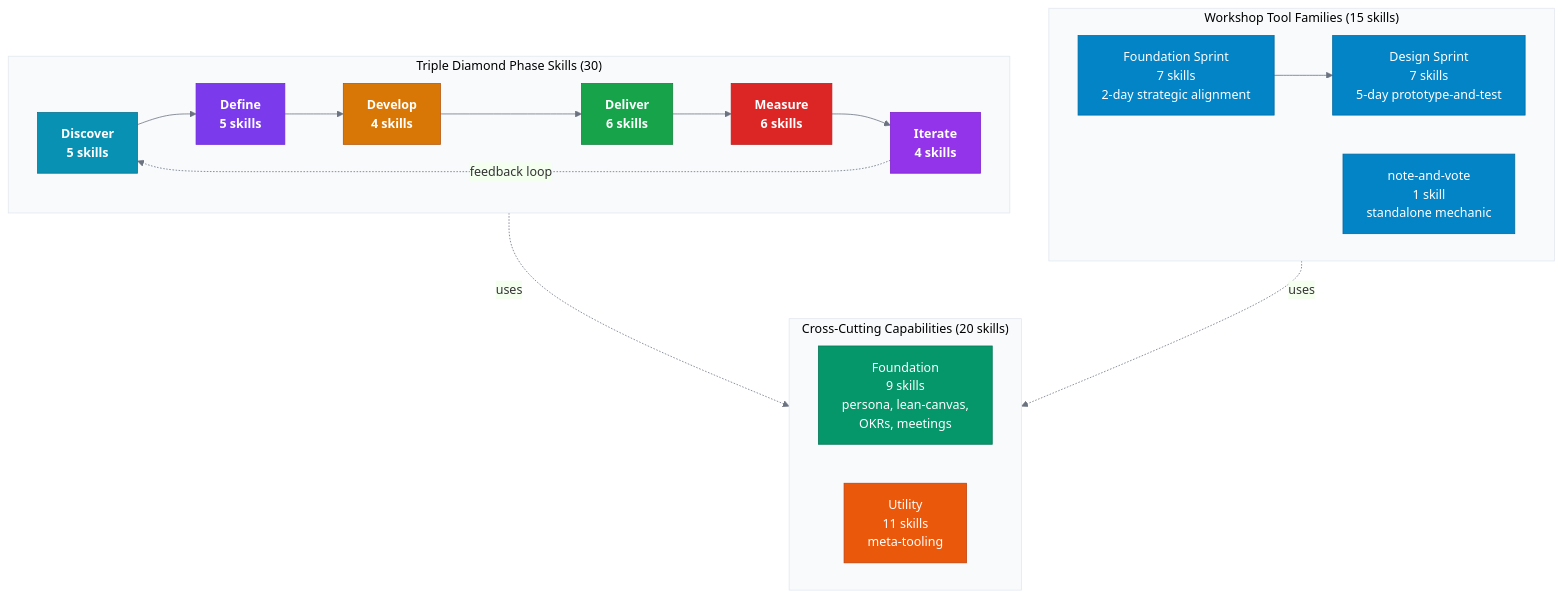
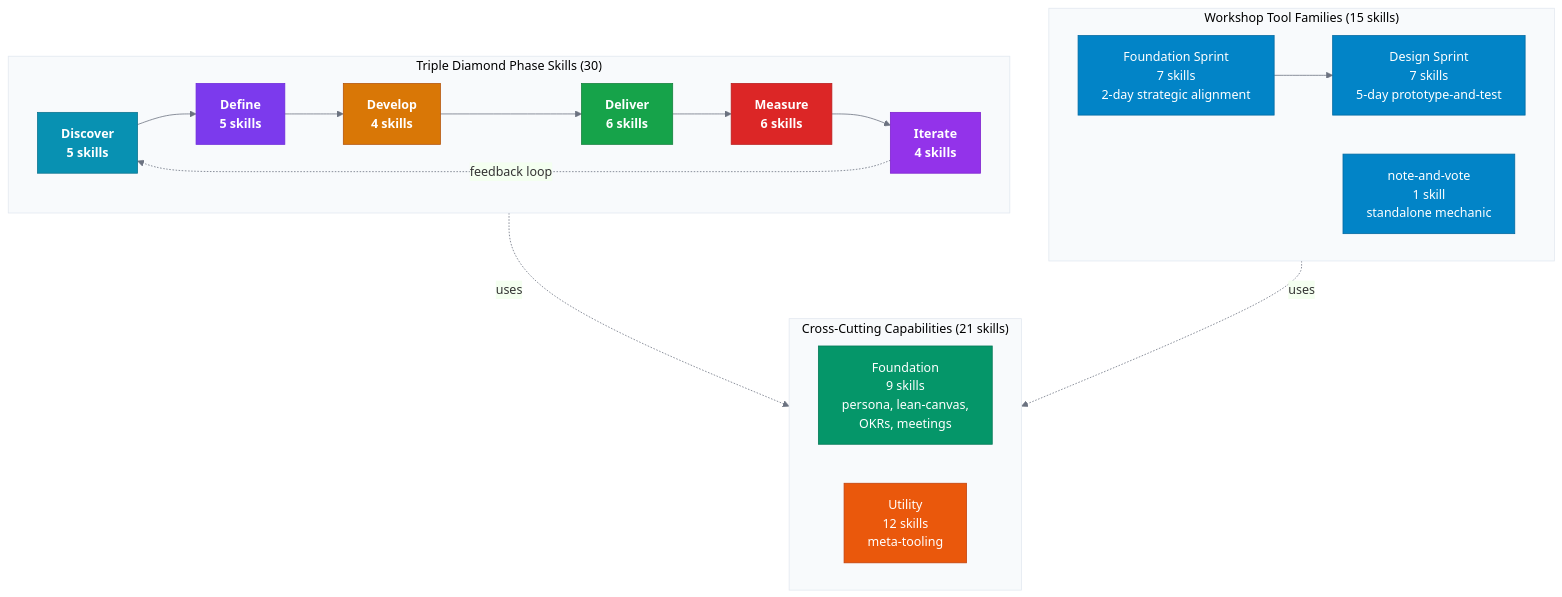
One commit to product-on-purpose/pm-skills changed the third of 6 diagrams in README.md. Above: the diagram before and after it, drawn with Mermaid. The commit also changed other lines of this file and 14 other files, not shown here.

````diff
--- a/README.md
+++ b/README.md
@@ -590,43 +599,43 @@
 ```mermaid
 %%{init: {'theme': 'base', 'themeVariables': {'primaryColor': '#f0f4ff', 'primaryBorderColor': '#c7d2fe', 'lineColor': '#6b7280', 'clusterBkg': '#f8fafc', 'clusterBorder': '#e2e8f0'}}}%%
 flowchart TB
     classDef discover fill:#0891b2,stroke:#0e7490,color:#fff,font-weight:bold
     classDef define fill:#7c3aed,stroke:#6d28d9,color:#fff,font-weight:bold
     classDef develop fill:#d97706,stroke:#b45309,color:#fff,font-weight:bold
     classDef deliver fill:#16a34a,stroke:#15803d,color:#fff,font-weight:bold
     classDef measure fill:#dc2626,stroke:#b91c1c,color:#fff,font-weight:bold
     classDef iterate fill:#9333ea,stroke:#7e22ce,color:#fff,font-weight:bold
     classDef tool fill:#0284c7,stroke:#0369a1,color:#fff
     classDef foundation fill:#059669,stroke:#047857,color:#fff
     classDef utility fill:#ea580c,stroke:#c2410c,color:#fff
 
     subgraph PHASE["Triple Diamond Phase Skills (30)"]
         direction LR
         DI["Discover<br/>5 skills"]:::discover
         DE["Define<br/>5 skills"]:::define
         DEV["Develop<br/>4 skills"]:::develop
         DEL["Deliver<br/>6 skills"]:::deliver
         ME["Measure<br/>6 skills"]:::measure
         IT["Iterate<br/>4 skills"]:::iterate
 
         DI --> DE --> DEV --> DEL --> ME --> IT
         IT -."feedback loop".-> DI
     end
 
     subgraph WORKSHOP["Workshop Tool Families (15 skills)"]
         direction LR
         FS["Foundation Sprint<br/>7 skills<br/>2-day strategic alignment"]:::tool
         DS["Design Sprint<br/>7 skills<br/>5-day prototype-and-test"]:::tool
         NV["note-and-vote<br/>1 skill<br/>standalone mechanic"]:::tool
         FS --> DS
     end
 
-    subgraph SUPPORT["Cross-Cutting Capabilities (20 skills)"]
+    subgraph SUPPORT["Cross-Cutting Capabilities (21 skills)"]
         direction LR
         FOUND["Foundation<br/>9 skills<br/>persona, lean-canvas,<br/>OKRs, meetings"]:::foundation
-        UTIL["Utility<br/>11 skills<br/>meta-tooling"]:::utility
+        UTIL["Utility<br/>12 skills<br/>meta-tooling"]:::utility
     end
 
     PHASE -.uses.-> SUPPORT
     WORKSHOP -.uses.-> SUPPORT
 ```
````
